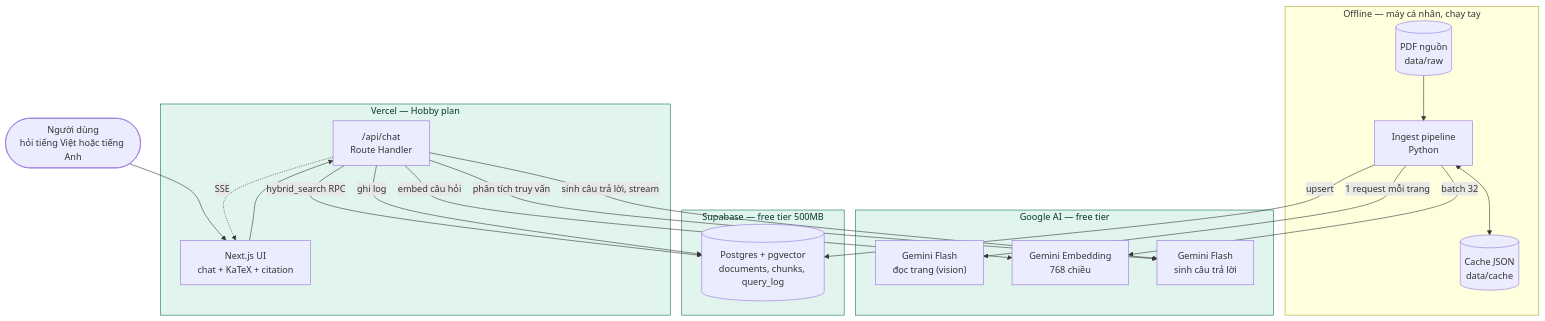
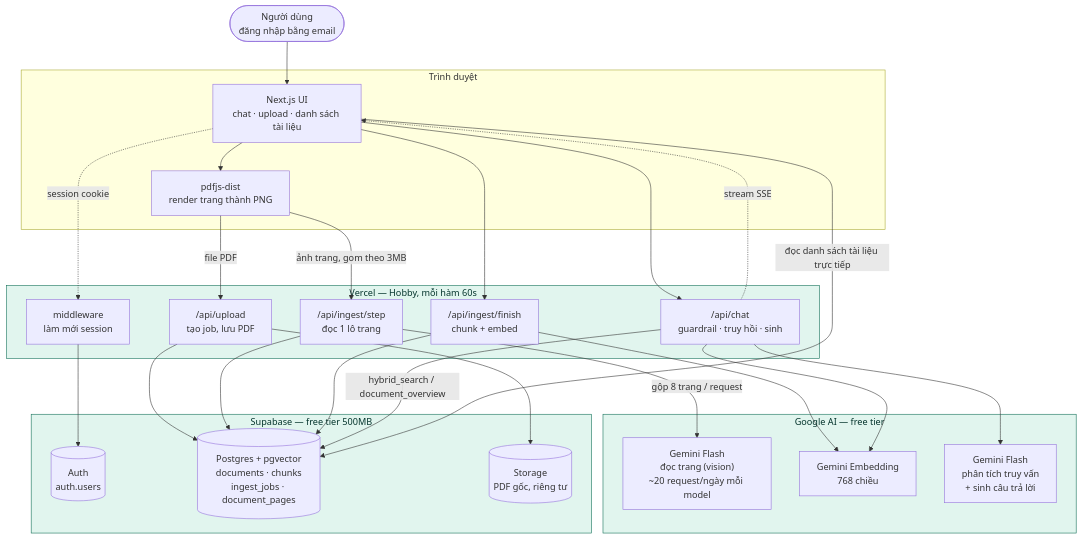
One commit to trantiendat0611/Docubo changed the diagram in docs/architecture/01-high-level.mmd. Above: the diagram before and after it, drawn with Mermaid. The commit also changed 5 other files, not shown here.

```diff
--- a/docs/architecture/01-high-level.mmd
+++ b/docs/architecture/01-high-level.mmd
@@ -1,44 +1,62 @@
 %% Sơ đồ 1 — Tổng quan hệ thống (Task 1.4)
-%% Xem trước: dán vào https://mermaid.live hoặc mở bằng extension Mermaid của VS Code
+%% Cập nhật 11/08: người dùng tự tải tài liệu lên, có đăng nhập và cô lập dữ liệu.
+%% Xem trước: dán vào https://mermaid.live hoặc extension Mermaid của VS Code
 
 graph TB
-    subgraph offline["Offline — máy cá nhân, chạy tay"]
-        PDF[("PDF nguồn<br/>data/raw")]
-        ING["Ingest pipeline<br/>Python"]
-        CACHE[("Cache JSON<br/>data/cache")]
-        PDF --> ING
-        ING <--> CACHE
+    USER(["Người dùng<br/>đăng nhập bằng email"])
+
+    subgraph browser["Trình duyệt"]
+        UI["Next.js UI<br/>chat · upload · danh sách tài liệu"]
+        PDFJS["pdfjs-dist<br/>render trang thành PNG"]
+    end
+
+    subgraph vercel["Vercel — Hobby, mỗi hàm 60s"]
+        MW["middleware<br/>làm mới session"]
+        UP["/api/upload<br/>tạo job, lưu PDF"]
+        STEP["/api/ingest/step<br/>đọc 1 lô trang"]
+        FIN["/api/ingest/finish<br/>chunk + embed"]
+        CHAT["/api/chat<br/>guardrail · truy hồi · sinh"]
     end
 
     subgraph google["Google AI — free tier"]
-        VIS["Gemini Flash<br/>đọc trang (vision)"]
+        VIS["Gemini Flash<br/>đọc trang (vision)<br/>~20 request/ngày mỗi model"]
         EMB["Gemini Embedding<br/>768 chiều"]
-        GEN["Gemini Flash<br/>sinh câu trả lời"]
+        GEN["Gemini Flash<br/>phân tích truy vấn<br/>+ sinh câu trả lời"]
     end
 
     subgraph supa["Supabase — free tier 500MB"]
-        DB[("Postgres + pgvector<br/>documents, chunks, query_log")]
+        AUTH[("Auth<br/>auth.users")]
+        DB[("Postgres + pgvector<br/>documents · chunks<br/>ingest_jobs · document_pages")]
+        ST[("Storage<br/>PDF gốc, riêng tư")]
     end
 
-    subgraph vercel["Vercel — Hobby plan"]
-        API["/api/chat<br/>Route Handler"]
-        UI["Next.js UI<br/>chat + KaTeX + citation"]
-    end
+    USER --> UI
+    UI --> PDFJS
+    UI -.->|session cookie| MW
 
-    USER(["Người dùng<br/>hỏi tiếng Việt hoặc tiếng Anh"])
+    PDFJS -->|file PDF| UP
+    PDFJS -->|"ảnh trang, gom theo 3MB"| STEP
+    UI --> FIN
+    UI --> CHAT
 
-    ING -->|1 request mỗi trang| VIS
-    ING -->|batch 32| EMB
-    ING -->|upsert| DB
+    UP --> ST
+    UP --> DB
+    STEP -->|"gộp 8 trang / request"| VIS
+    STEP --> DB
+    FIN --> EMB
+    FIN --> DB
 
-    USER --> UI
-    UI --> API
-    API -->|phân tích truy vấn| GEN
-    API -->|embed câu hỏi| EMB
-    API -->|hybrid_search RPC| DB
-    API -->|sinh câu trả lời, stream| GEN
-    API -->|ghi log| DB
-    API -.->|SSE| UI
+    CHAT --> GEN
+    CHAT --> EMB
+    CHAT -->|"hybrid_search / document_overview"| DB
+    CHAT -.->|"stream SSE"| UI
+
+    UI -->|"đọc danh sách tài liệu trực tiếp"| DB
+    MW --> AUTH
 
     classDef free fill:#E1F5EE,stroke:#0F6E56,color:#04342C
     class google,supa,vercel free
+
+    %% Cô lập dữ liệu nằm ở database:
+    %% - đọc chạy dưới JWT người dùng, RLS quyết định thấy gì
+    %% - ghi chạy bằng service_role, tự đặt owner_id
```
